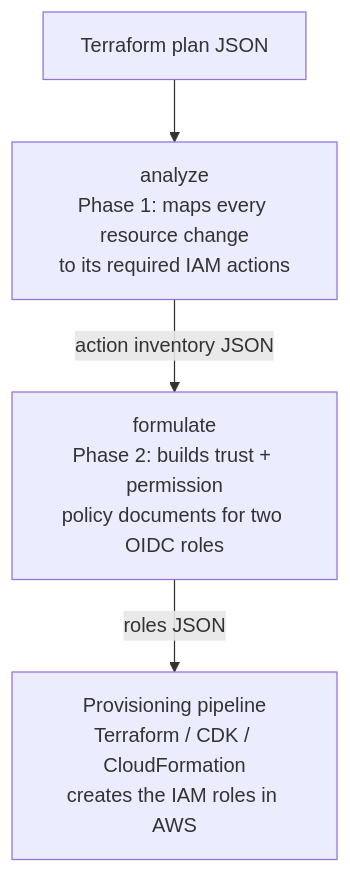
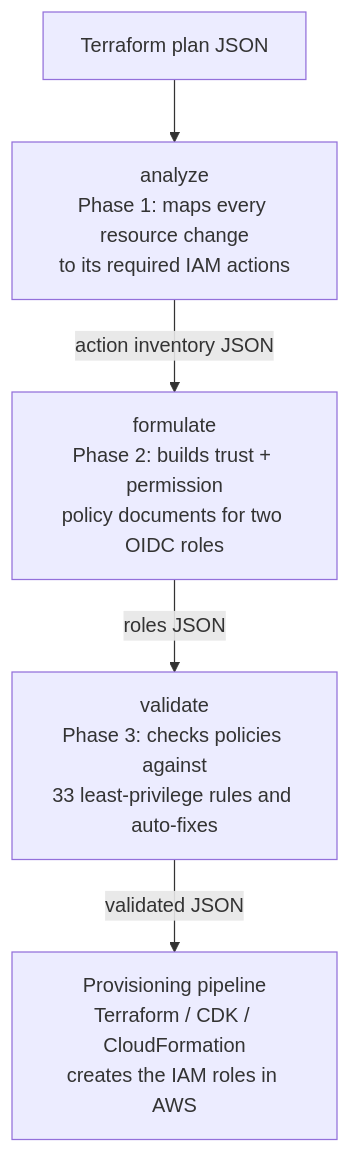
The diagram in docs/README.md (zpratt/lousy-iam), drawn with Mermaid before and after one commit. The commit also changed other lines of this file and 7 other files, not shown here.

````diff
--- a/docs/README.md
+++ b/docs/README.md
@@ -33,6 +34,7 @@
 ```mermaid
 flowchart TD
     A[Terraform plan JSON] --> B[analyze\nPhase 1: maps every resource change\nto its required IAM actions]
     B -->|action inventory JSON| C[formulate\nPhase 2: builds trust + permission\npolicy documents for two OIDC roles]
-    C -->|roles JSON| D[Provisioning pipeline\nTerraform / CDK / CloudFormation\ncreates the IAM roles in AWS]
+    C -->|roles JSON| D[validate\nPhase 3: checks policies against\n33 least-privilege rules and auto-fixes]
+    D -->|validated JSON| E[Provisioning pipeline\nTerraform / CDK / CloudFormation\ncreates the IAM roles in AWS]
 ```
````
